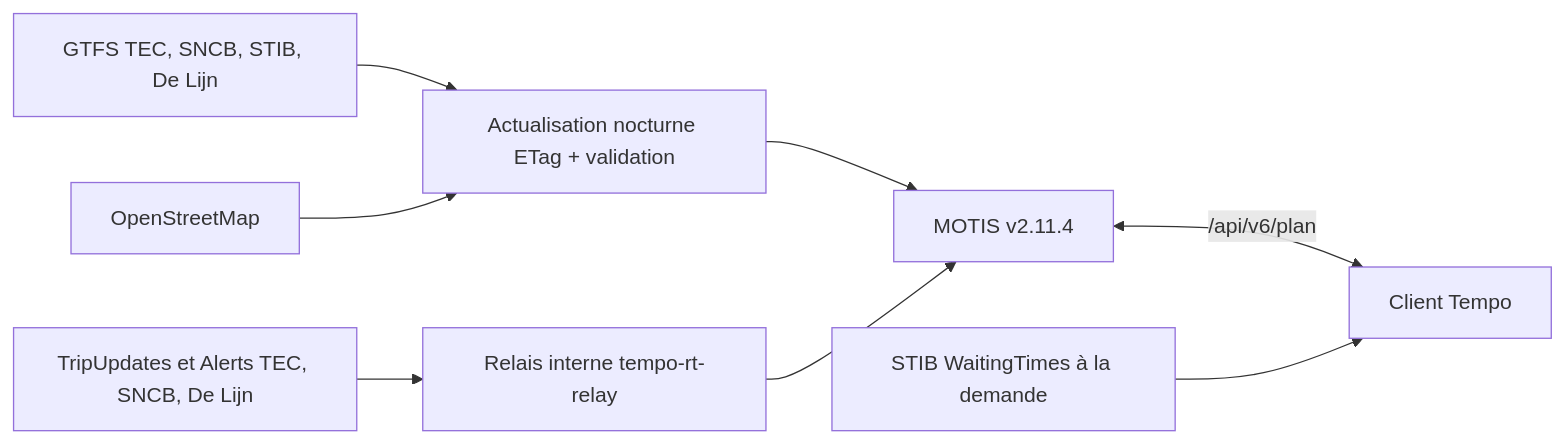
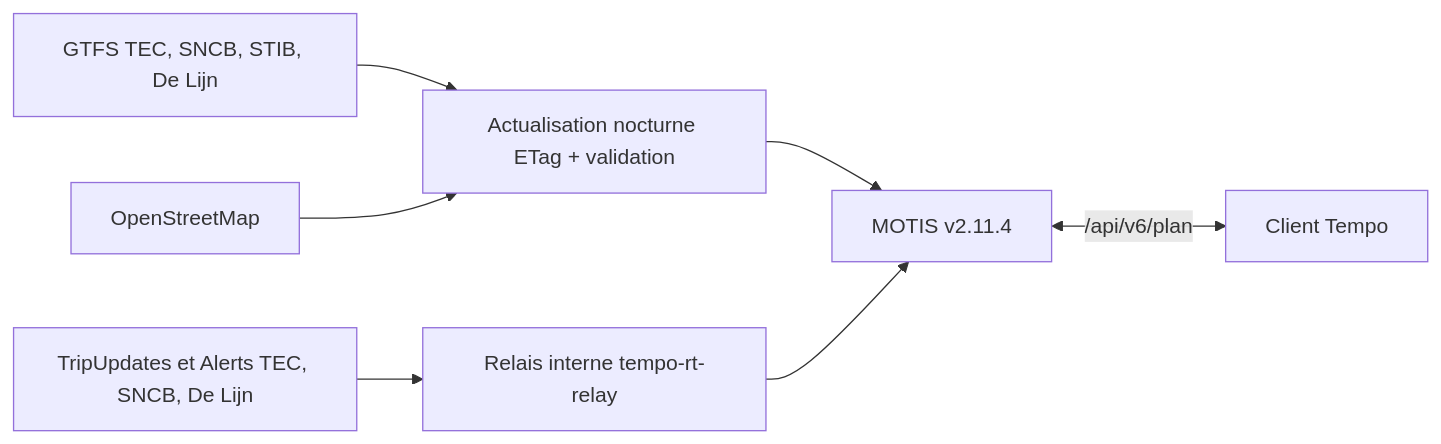
The eighth of 13 diagrams in ARCHITECTURE.md (mtx26/Tempo), drawn with Mermaid before and after one commit. The commit also changed other lines of this file and 16 other files, not shown here.

First line of the commit message:
Remove the STIB WaitingTimes integration: MOTIS is the only transport source

````diff
--- a/ARCHITECTURE.md
+++ b/ARCHITECTURE.md
@@ -457,10 +457,9 @@
 ```mermaid
 flowchart LR
  G[GTFS TEC, SNCB, STIB, De Lijn] --> I[Actualisation nocturne ETag + validation]
  O[OpenStreetMap] --> I
  I --> M[MOTIS v2.11.4]
  RT[TripUpdates et Alerts TEC, SNCB, De Lijn] --> R[Relais interne tempo-rt-relay]
  R --> M
  M <-->|/api/v6/plan| C[Client Tempo]
- S[STIB WaitingTimes à la demande] --> C
 ```
````
